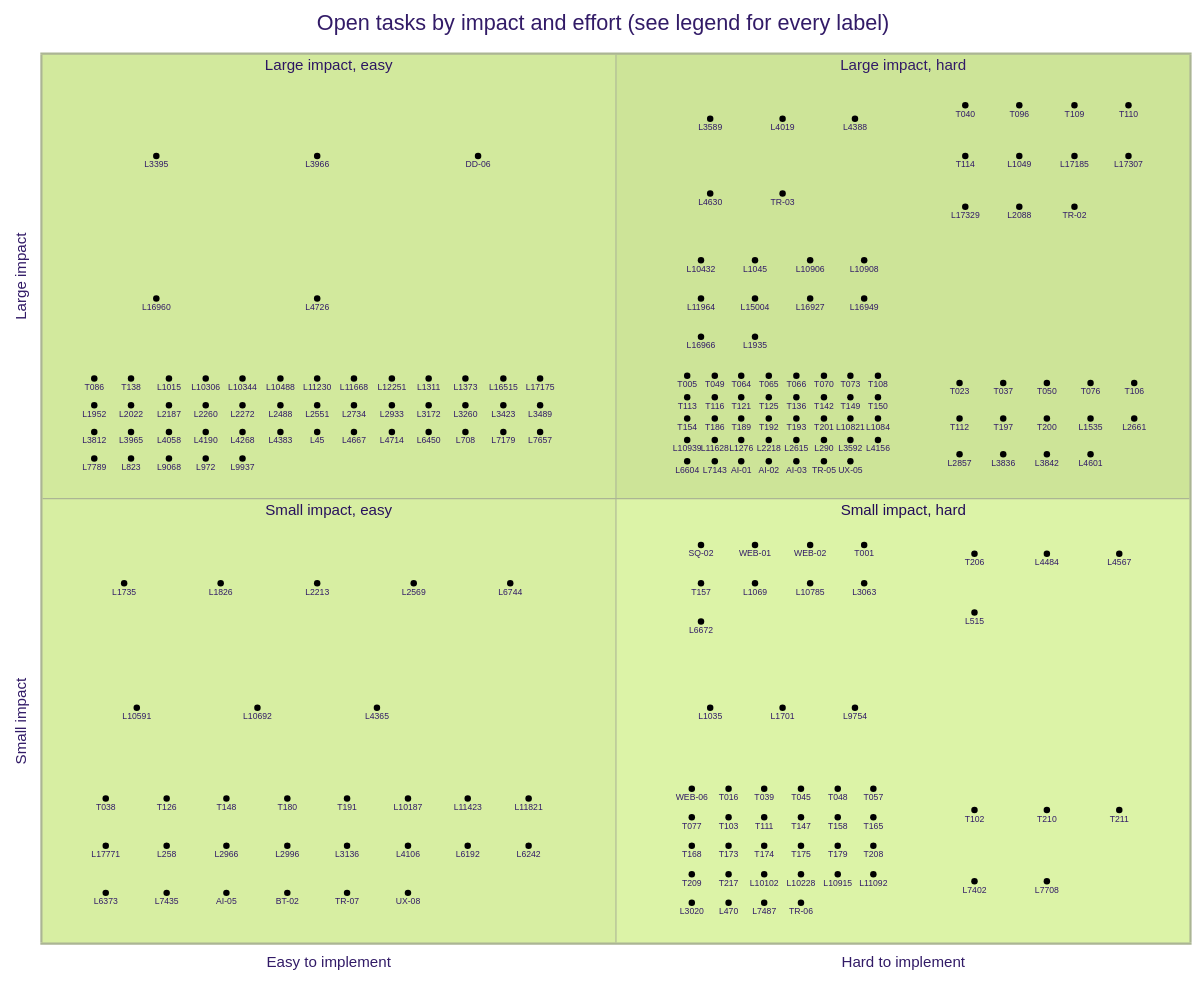
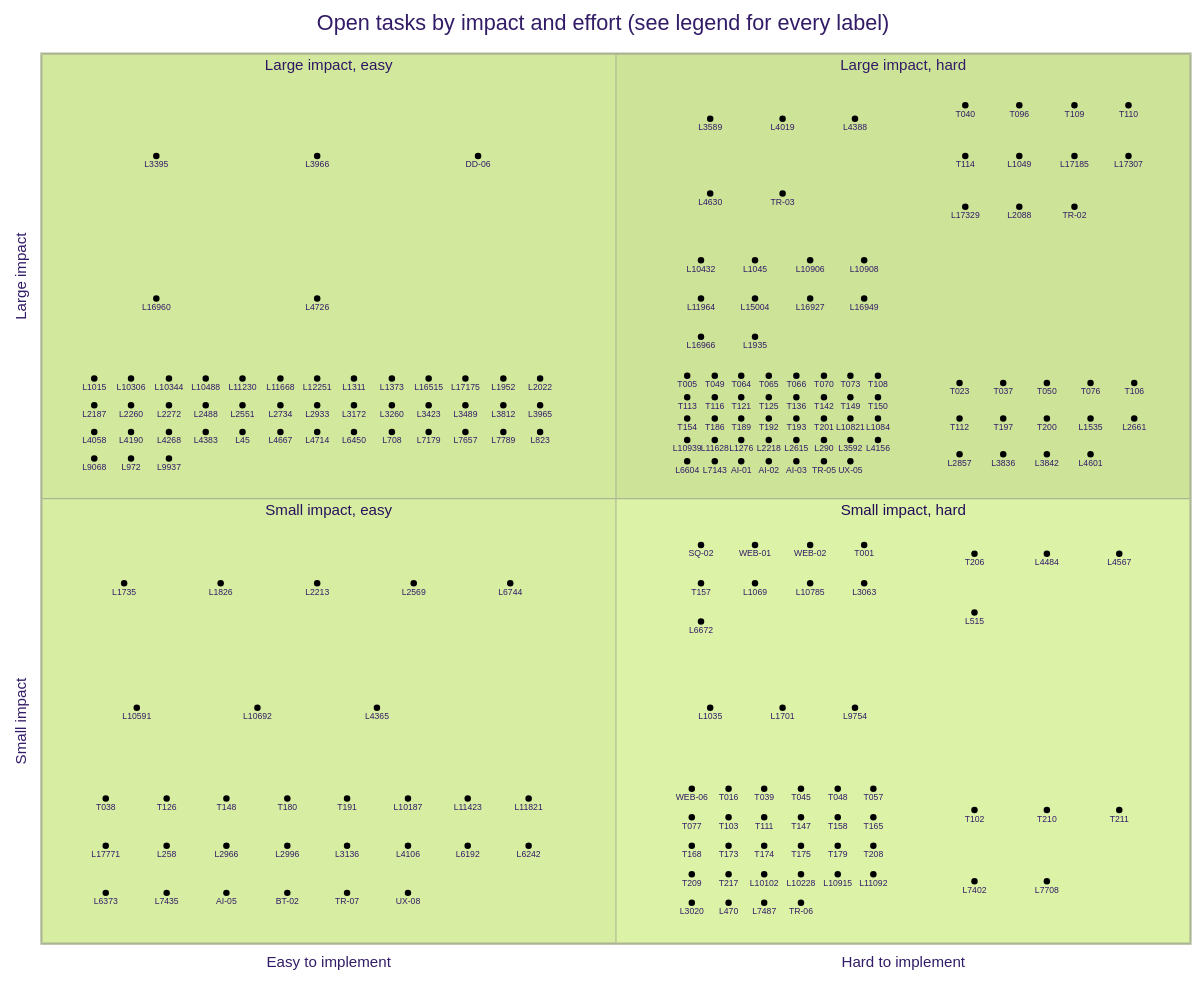
The diagram in docs/agent-tasks/todo-completion-2026-09/QUADRANT.md (falkcorp/audiobook-organizer), drawn with Mermaid (forest theme) before and after one commit. The commit also changed other lines of this file and 3 other files, not shown here.

```diff
--- a/docs/agent-tasks/todo-completion-2026-09/QUADRANT.md
+++ b/docs/agent-tasks/todo-completion-2026-09/QUADRANT.md
@@ -68,50 +68,48 @@
     L16949: [0.716, 0.725]
     L16966: [0.574, 0.682]
     L1935: [0.621, 0.682]
-    T086: [0.046, 0.635]
-    T138: [0.078, 0.635]
-    L1015: [0.111, 0.635]
-    L10306: [0.143, 0.635]
-    L10344: [0.175, 0.635]
-    L10488: [0.208, 0.635]
-    L11230: [0.24, 0.635]
-    L11668: [0.272, 0.635]
-    L12251: [0.305, 0.635]
-    L1311: [0.337, 0.635]
-    L1373: [0.369, 0.635]
-    L16515: [0.402, 0.635]
-    L17175: [0.434, 0.635]
-    L1952: [0.046, 0.605]
-    L2022: [0.078, 0.605]
-    L2187: [0.111, 0.605]
-    L2260: [0.143, 0.605]
-    L2272: [0.175, 0.605]
-    L2488: [0.208, 0.605]
-    L2551: [0.24, 0.605]
-    L2734: [0.272, 0.605]
-    L2933: [0.305, 0.605]
-    L3172: [0.337, 0.605]
-    L3260: [0.369, 0.605]
-    L3423: [0.402, 0.605]
-    L3489: [0.434, 0.605]
-    L3812: [0.046, 0.575]
-    L3965: [0.078, 0.575]
-    L4058: [0.111, 0.575]
-    L4190: [0.143, 0.575]
-    L4268: [0.175, 0.575]
-    L4383: [0.208, 0.575]
-    L45: [0.24, 0.575]
-    L4667: [0.272, 0.575]
-    L4714: [0.305, 0.575]
-    L6450: [0.337, 0.575]
-    L708: [0.369, 0.575]
-    L7179: [0.402, 0.575]
-    L7657: [0.434, 0.575]
-    L7789: [0.046, 0.545]
-    L823: [0.078, 0.545]
-    L9068: [0.111, 0.545]
-    L972: [0.143, 0.545]
-    L9937: [0.175, 0.545]
+    L1015: [0.046, 0.635]
+    L10306: [0.078, 0.635]
+    L10344: [0.111, 0.635]
+    L10488: [0.143, 0.635]
+    L11230: [0.175, 0.635]
+    L11668: [0.208, 0.635]
+    L12251: [0.24, 0.635]
+    L1311: [0.272, 0.635]
+    L1373: [0.305, 0.635]
+    L16515: [0.337, 0.635]
+    L17175: [0.369, 0.635]
+    L1952: [0.402, 0.635]
+    L2022: [0.434, 0.635]
+    L2187: [0.046, 0.605]
+    L2260: [0.078, 0.605]
+    L2272: [0.111, 0.605]
+    L2488: [0.143, 0.605]
+    L2551: [0.175, 0.605]
+    L2734: [0.208, 0.605]
+    L2933: [0.24, 0.605]
+    L3172: [0.272, 0.605]
+    L3260: [0.305, 0.605]
+    L3423: [0.337, 0.605]
+    L3489: [0.369, 0.605]
+    L3812: [0.402, 0.605]
+    L3965: [0.434, 0.605]
+    L4058: [0.046, 0.575]
+    L4190: [0.078, 0.575]
+    L4268: [0.111, 0.575]
+    L4383: [0.143, 0.575]
+    L45: [0.175, 0.575]
+    L4667: [0.208, 0.575]
+    L4714: [0.24, 0.575]
+    L6450: [0.272, 0.575]
+    L708: [0.305, 0.575]
+    L7179: [0.337, 0.575]
+    L7657: [0.369, 0.575]
+    L7789: [0.402, 0.575]
+    L823: [0.434, 0.575]
+    L9068: [0.046, 0.545]
+    L972: [0.078, 0.545]
+    L9937: [0.111, 0.545]
     T005: [0.562, 0.638]
     T049: [0.586, 0.638]
     T064: [0.609, 0.638]
```
